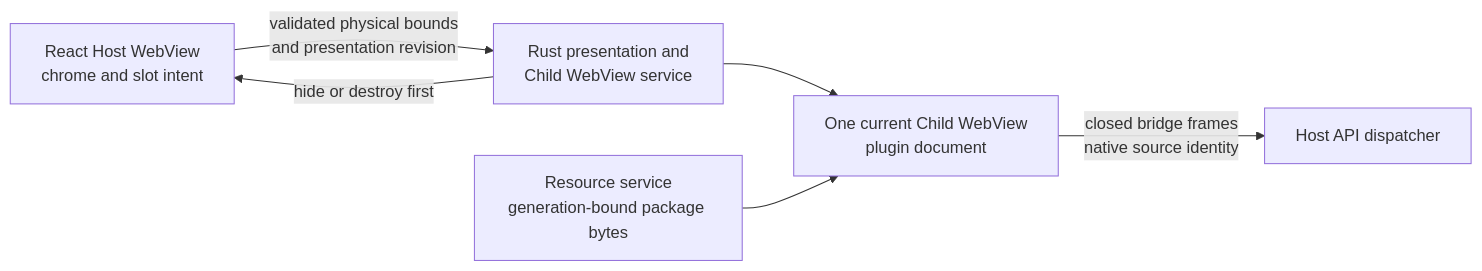
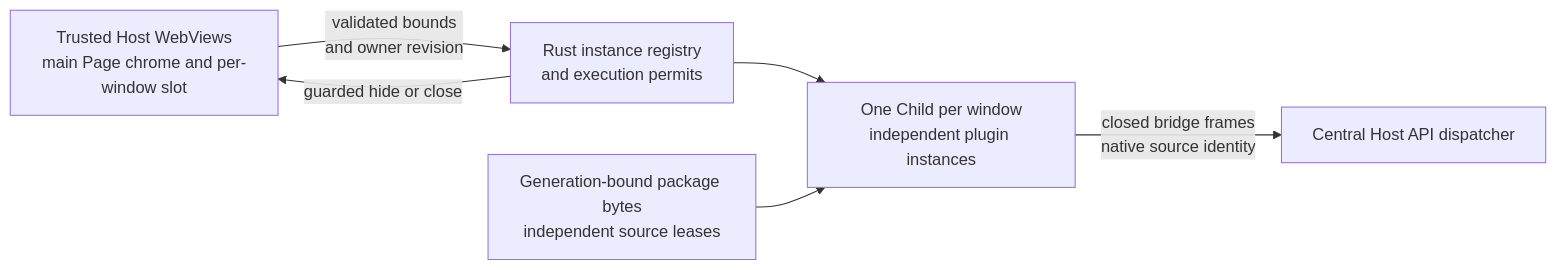
The first of 2 diagrams in docs/en/architecture/plugin-child-webview-runtime.md (dizzrt/lensx), drawn with Mermaid before and after one commit. The commit also changed other lines of this file and 174 other files, not shown here.

````diff
--- a/docs/en/architecture/plugin-child-webview-runtime.md
+++ b/docs/en/architecture/plugin-child-webview-runtime.md
@@ -22,8 +22,8 @@
 ```mermaid
 flowchart LR
-  A["React Host WebView<br/>chrome and slot intent"] -->|"validated physical bounds<br/>and presentation revision"| B["Rust presentation and<br/>Child WebView service"]
-  B --> C["One current Child WebView<br/>plugin document"]
-  D["Resource service<br/>generation-bound package bytes"] --> C
-  C -->|"closed bridge frames<br/>native source identity"| E["Host API dispatcher"]
-  B -->|"hide or destroy first"| A
+  A["Trusted Host WebViews<br/>main Page chrome and per-window slot"] -->|"validated bounds<br/>and owner revision"| B["Rust instance registry<br/>and execution permits"]
+  B --> C["One Child per window<br/>independent plugin instances"]
+  D["Generation-bound package bytes<br/>independent source leases"] --> C
+  C -->|"closed bridge frames<br/>native source identity"| E["Central Host API dispatcher"]
+  B -->|"guarded hide or close"| A
 ```
````
